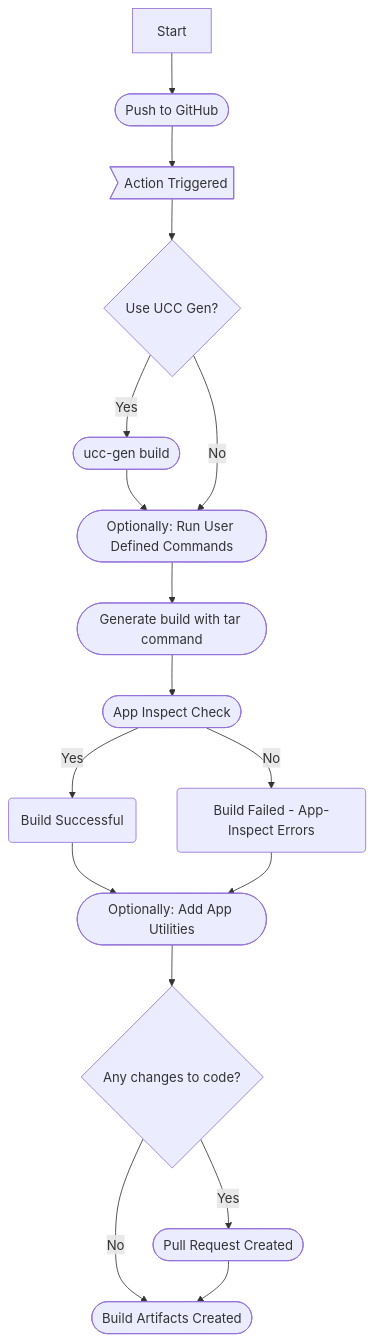
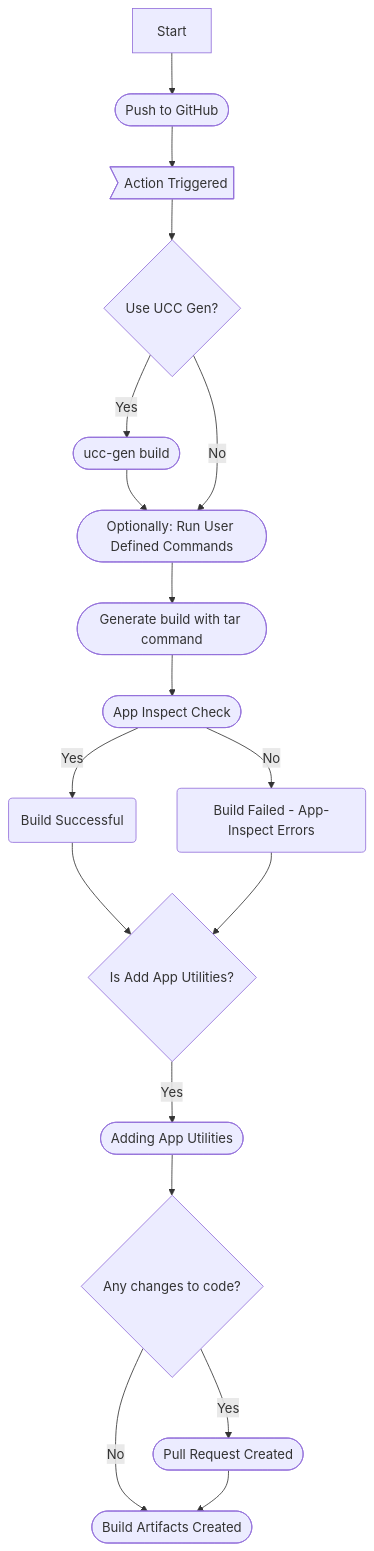
The diagram in README.md (VatsalJagani/splunk-app-action), drawn with Mermaid before and after one commit. The commit also changed other lines of this file and 8 other files, not shown here.

Commit message:
flow diagram improved. v4 updated.

````diff
--- a/README.md
+++ b/README.md
@@ -11,24 +11,25 @@
 ```mermaid
 graph TD
   A[Start] --> B([Push to GitHub])
   B --> C>Action Triggered]
 
   C --> D{Use UCC Gen?}
   D --> |Yes| E([ucc-gen build])
   E --> F([Optionally: Run User Defined Commands])
 
   D --> |No| F
   F --> G([Generate build with tar command])
 
   G --> H([App Inspect Check])
   H --> |Yes| I(Build Successful)
   H --> |No| J(Build Failed - App-Inspect Errors)
 
-  I --> K([Optionally: Add App Utilities])
+  I --> K{Is Add App Utilities?}
   J --> K
-  K --> L{Any changes to code?}
-  L --> |Yes| M([Pull Request Created])
 
-  L --> |No| N([Build Artifacts Created])
-  M --> N
+  K --> |Yes| L([Adding App Utilities])
+  L --> M{Any changes to code?}
+  M --> |Yes| N([Pull Request Created])
+  M --> |No| O([Build Artifacts Created])
+  N --> O
 ```
````
